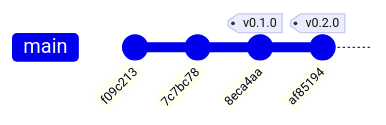
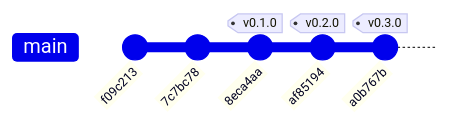
One commit to higerotech/landing changed the diagram in docs/03-implementation/repo-history.md. Above: the diagram before and after it, drawn with Mermaid. The commit also changed other lines of this file, not shown here.

First line of the commit message:
docs: regenerar historial del repositorio tras el tag v0.3.0

````diff
--- a/docs/03-implementation/repo-history.md
+++ b/docs/03-implementation/repo-history.md
@@ -26,7 +26,8 @@
 ```mermaid
 gitGraph
     commit id: "f09c213"
     commit id: "7c7bc78"
     commit id: "8eca4aa" tag: "v0.1.0"
     commit id: "af85194" tag: "v0.2.0"
+    commit id: "a0b767b" tag: "v0.3.0"
 ```
````
